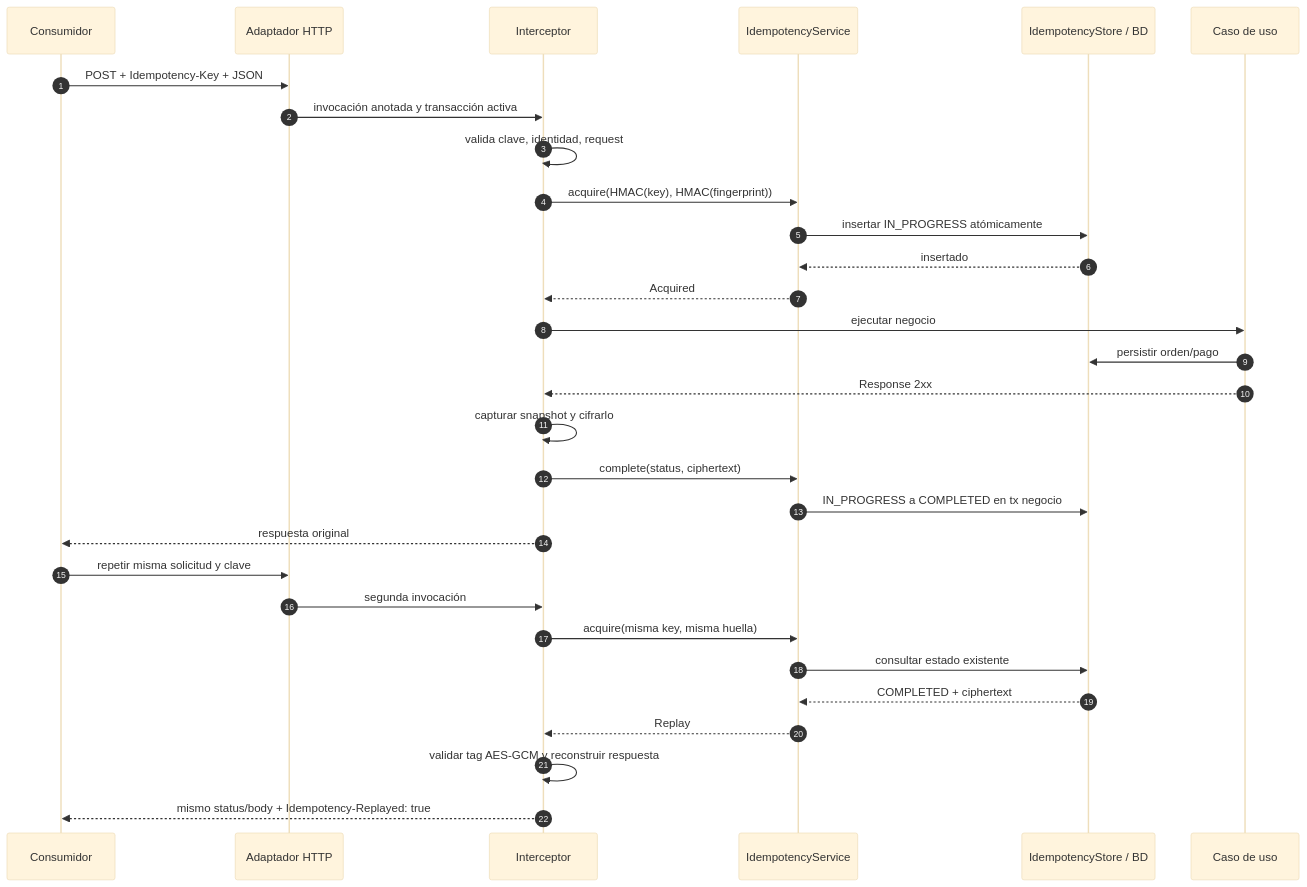
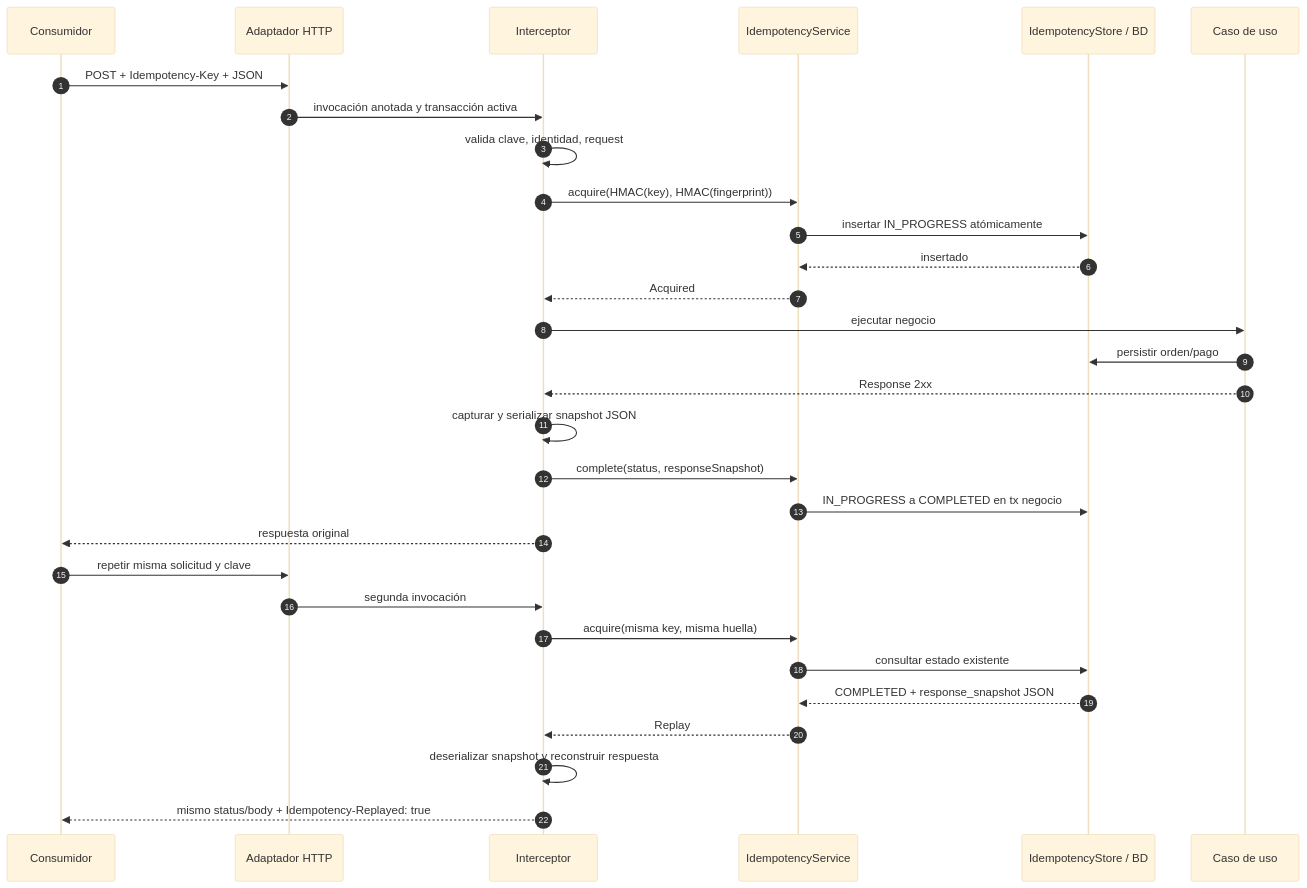
The third of 3 diagrams in README.md (dannyverap/idempotency), drawn with Mermaid (base theme) before and after one commit. The commit also changed other lines of this file and 14 other files, not shown here.

````diff
--- a/README.md
+++ b/README.md
@@ -164,34 +156,34 @@
 ```mermaid
 sequenceDiagram
     autonumber
     participant C as Consumidor
     participant H as Adaptador HTTP
     participant I as Interceptor
     participant A as IdempotencyService
     participant DB as IdempotencyStore / BD
     participant U as Caso de uso
 
     C->>H: POST + Idempotency-Key + JSON
     H->>I: invocación anotada y transacción activa
     I->>I: valida clave, identidad, request
     I->>A: acquire(HMAC(key), HMAC(fingerprint))
     A->>DB: insertar IN_PROGRESS atómicamente
     DB-->>A: insertado
     A-->>I: Acquired
     I->>U: ejecutar negocio
     U->>DB: persistir orden/pago
     U-->>I: Response 2xx
-    I->>I: capturar snapshot y cifrarlo
-    I->>A: complete(status, ciphertext)
+    I->>I: capturar y serializar snapshot JSON
+    I->>A: complete(status, responseSnapshot)
     A->>DB: IN_PROGRESS a COMPLETED en tx negocio
     I-->>C: respuesta original
 
     C->>H: repetir misma solicitud y clave
     H->>I: segunda invocación
     I->>A: acquire(misma key, misma huella)
     A->>DB: consultar estado existente
-    DB-->>A: COMPLETED + ciphertext
+    DB-->>A: COMPLETED + response_snapshot JSON
     A-->>I: Replay
-    I->>I: validar tag AES-GCM y reconstruir respuesta
+    I->>I: deserializar snapshot y reconstruir respuesta
     I-->>C: mismo status/body + Idempotency-Replayed: true
 ```
````
